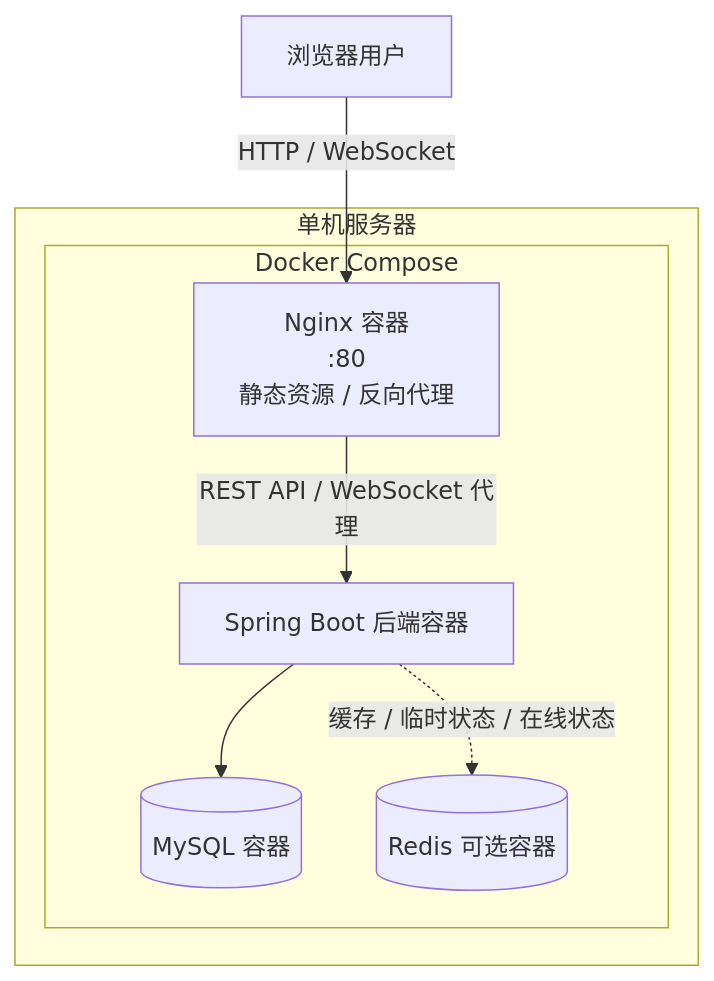
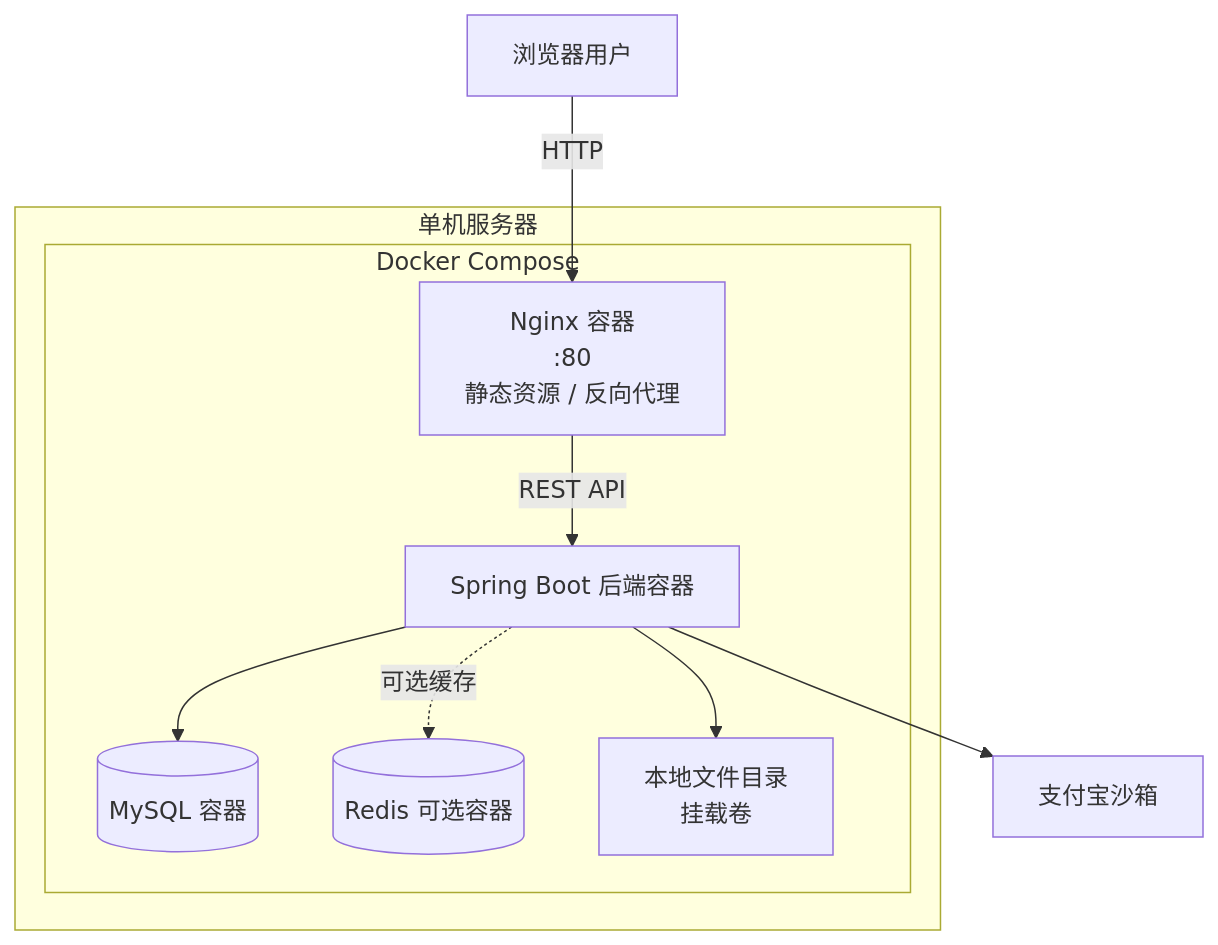
Before and after one commit to true-is-dui/CampusHub: the third of 3 diagrams in docs/P2/architecture_design.md, drawn with Mermaid. The commit also changed other lines of this file and 10 other files, not shown here.

````diff
--- a/docs/P2/architecture_design.md
+++ b/docs/P2/architecture_design.md
@@ -371,18 +321,23 @@
 ```mermaid
 flowchart TB
     User["浏览器用户"]
 
     subgraph Server["单机服务器"]
         subgraph Compose["Docker Compose"]
             Nginx["Nginx 容器<br/>:80<br/>静态资源 / 反向代理"]
             Spring["Spring Boot 后端容器"]
             MySQL[("MySQL 容器")]
             Redis[("Redis 可选容器")]
+            Files["本地文件目录<br/>挂载卷"]
         end
     end
 
-    User -->|"HTTP / WebSocket"| Nginx
-    Nginx -->|"REST API / WebSocket 代理"| Spring
+    Alipay["支付宝沙箱"]
+
+    User -->|HTTP| Nginx
+    Nginx -->|REST API| Spring
     Spring --> MySQL
-    Spring -. "缓存 / 临时状态 / 在线状态" .-> Redis
+    Spring --> Files
+    Spring --> Alipay
+    Spring -. "可选缓存" .-> Redis
 ```
````
